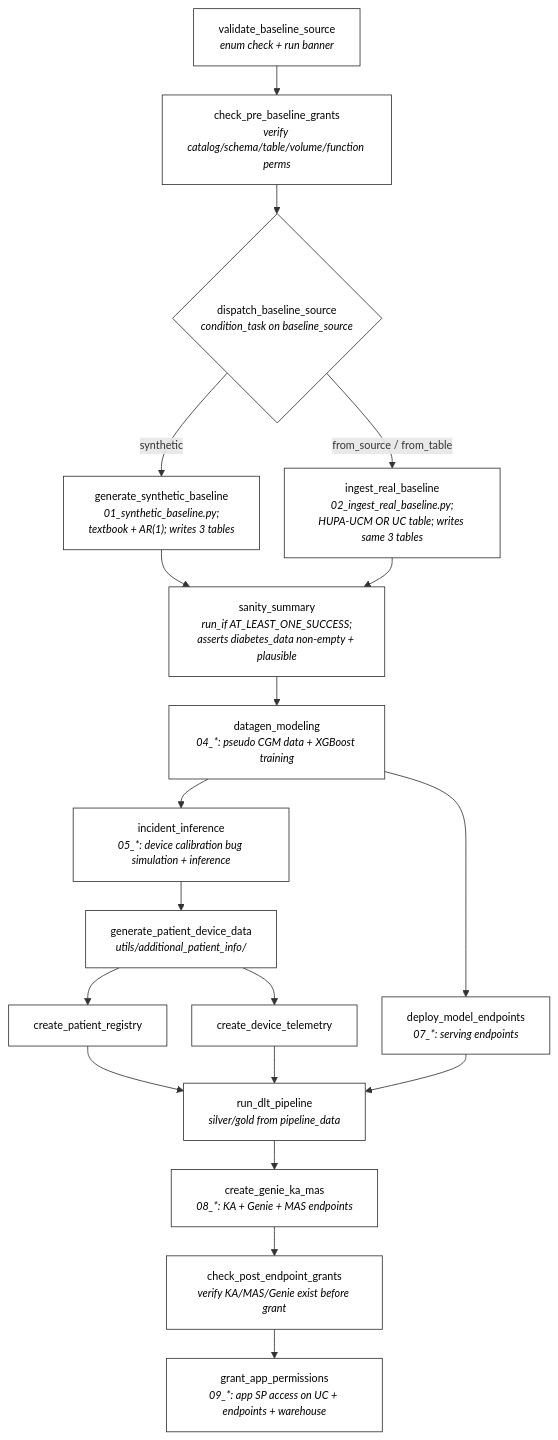
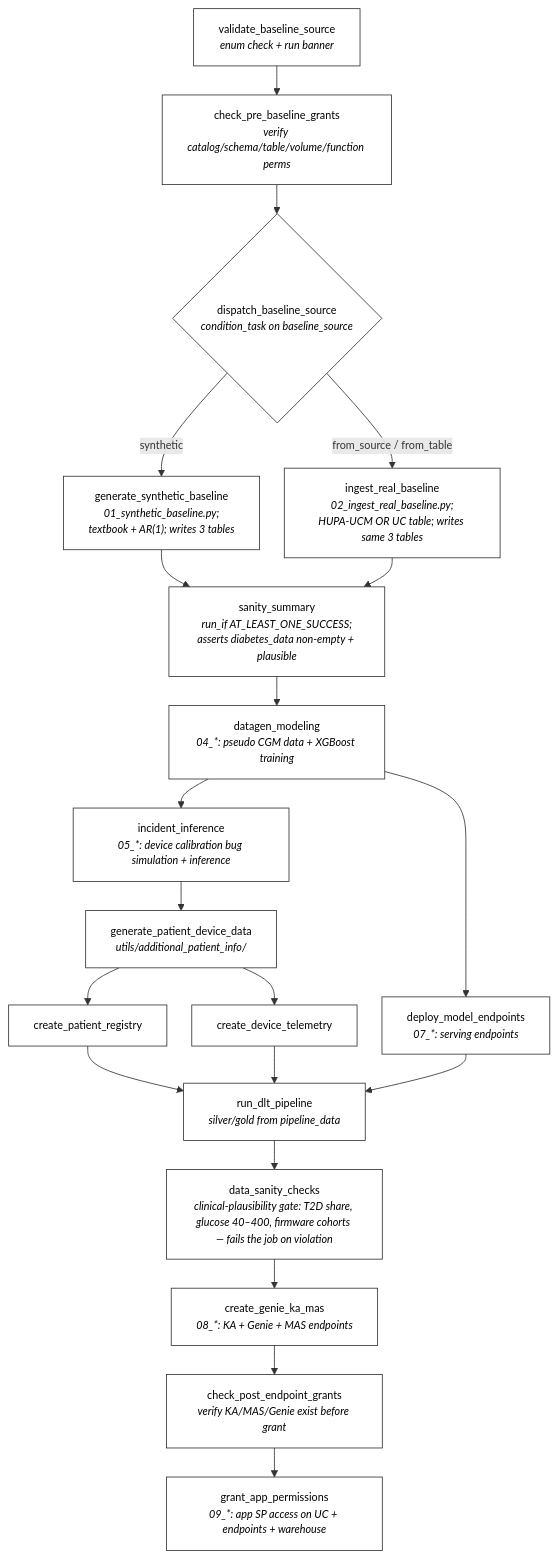
One commit to databricks-industry-solutions/glucosphere changed the third of 3 diagrams in DEPLOY.md. Above: the diagram before and after it, drawn with Mermaid. The commit also changed other lines of this file and 7 other files, not shown here.

````diff
--- a/DEPLOY.md
+++ b/DEPLOY.md
@@ -240,40 +240,41 @@
 ```mermaid
 %%{init: {'flowchart': {'nodeSpacing': 30, 'rankSpacing': 35}, 'themeVariables': {'fontSize': '13px'}}}%%
 flowchart TD
     classDef plain fill:#fff,stroke:#333,stroke-width:1px,color:#000
 
     A[validate_baseline_source<br/><i>enum check + run banner</i>]
     B[check_pre_baseline_grants<br/><i>verify catalog/schema/table/volume/function perms</i>]
     C{dispatch_baseline_source<br/><i>condition_task on baseline_source</i>}
     D1["generate_synthetic_baseline<br/><i>01_synthetic_baseline.py;<br/>textbook + AR(1); writes 3 tables</i>"]
     D2[ingest_real_baseline<br/><i>02_ingest_real_baseline.py;<br/>HUPA-UCM OR UC table; writes same 3 tables</i>]
     E[sanity_summary<br/><i>run_if AT_LEAST_ONE_SUCCESS;<br/>asserts diabetes_data non-empty + plausible</i>]
     F[datagen_modeling<br/><i>04_*: pseudo CGM data + XGBoost training</i>]
     G1[incident_inference<br/><i>05_*: device calibration bug simulation + inference</i>]
     G2[deploy_model_endpoints<br/><i>07_*: serving endpoints</i>]
     H[generate_patient_device_data<br/><i>utils/additional_patient_info/</i>]
     I1[create_patient_registry]
     I2[create_device_telemetry]
     J[run_dlt_pipeline<br/><i>silver/gold from pipeline_data</i>]
+    SANITY["data_sanity_checks<br/><i>clinical-plausibility gate: T2D share, glucose 40–400, firmware cohorts — fails the job on violation</i>"]
     K[create_genie_ka_mas<br/><i>08_*: KA + Genie + MAS endpoints</i>]
     L[check_post_endpoint_grants<br/><i>verify KA/MAS/Genie exist before grant</i>]
     M[grant_app_permissions<br/><i>09_*: app SP access on UC + endpoints + warehouse</i>]
 
     A --> B --> C
     C -- "synthetic" --> D1
     C -- "from_source / from_table" --> D2
     D1 --> E
     D2 --> E
     E --> F
     F --> G1
     F --> G2
     G1 --> H
     H --> I1
     H --> I2
     I1 --> J
     I2 --> J
     G2 --> J
-    J --> K --> L --> M
+    J --> SANITY --> K --> L --> M
 
-    class A,B,C,D1,D2,E,F,G1,G2,H,I1,I2,J,K,L,M plain
+    class A,B,C,D1,D2,E,F,G1,G2,H,I1,I2,J,SANITY,K,L,M plain
 ```
````
